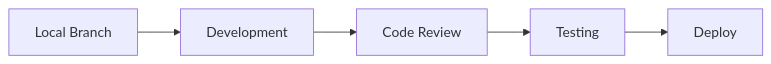
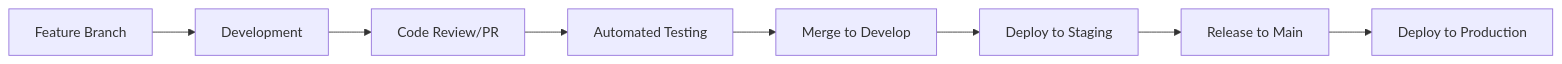
The diagram in docs/development/README.md (BjornMelin/bjornmelin-platform-io), drawn with Mermaid before and after one commit. The commit also changed other lines of this file and 65 other files, not shown here.

````diff
--- a/docs/development/README.md
+++ b/docs/development/README.md
@@ -50,7 +54,10 @@
 ```mermaid
 graph LR
-    A[Local Branch] --> B[Development]
-    B --> C[Code Review]
-    C --> D[Testing]
-    D --> E[Deploy]
+    A[Feature Branch] --> B[Development]
+    B --> C[Code Review/PR]
+    C --> D[Automated Testing]
+    D --> E[Merge to Develop]
+    E --> F[Deploy to Staging]
+    F --> G[Release to Main]
+    G --> H[Deploy to Production]
 ```
````
